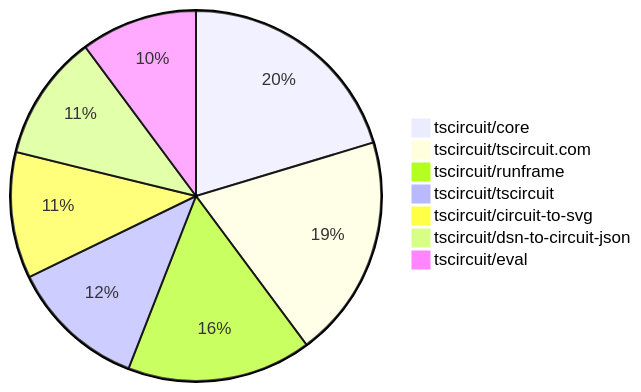
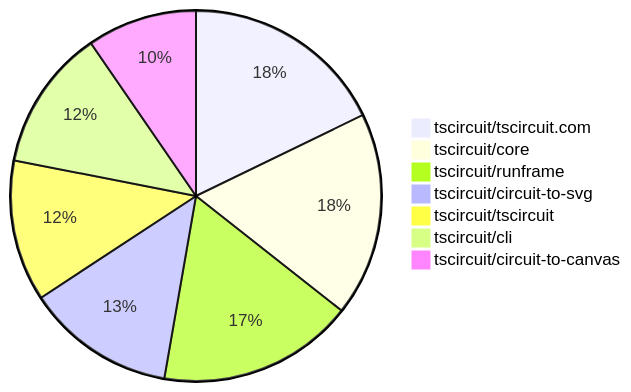
The second of 2 diagrams in README.md (tscircuit/contribution-tracker), drawn with Mermaid before and after one commit. The commit also changed other lines of this file and 3 other files, not shown here.

````diff
--- a/README.md
+++ b/README.md
@@ -118,10 +124,10 @@
 ```mermaid
 pie
-    "tscircuit/core" : 24
-    "tscircuit/tscircuit.com" : 23
-    "tscircuit/runframe" : 19
-    "tscircuit/tscircuit" : 14
-    "tscircuit/circuit-to-svg" : 13
-    "tscircuit/dsn-to-circuit-json" : 13
-    "tscircuit/eval" : 12
+    "tscircuit/tscircuit.com" : 26
+    "tscircuit/core" : 26
+    "tscircuit/runframe" : 25
+    "tscircuit/circuit-to-svg" : 19
+    "tscircuit/tscircuit" : 18
+    "tscircuit/cli" : 18
+    "tscircuit/circuit-to-canvas" : 14
 ```
````
